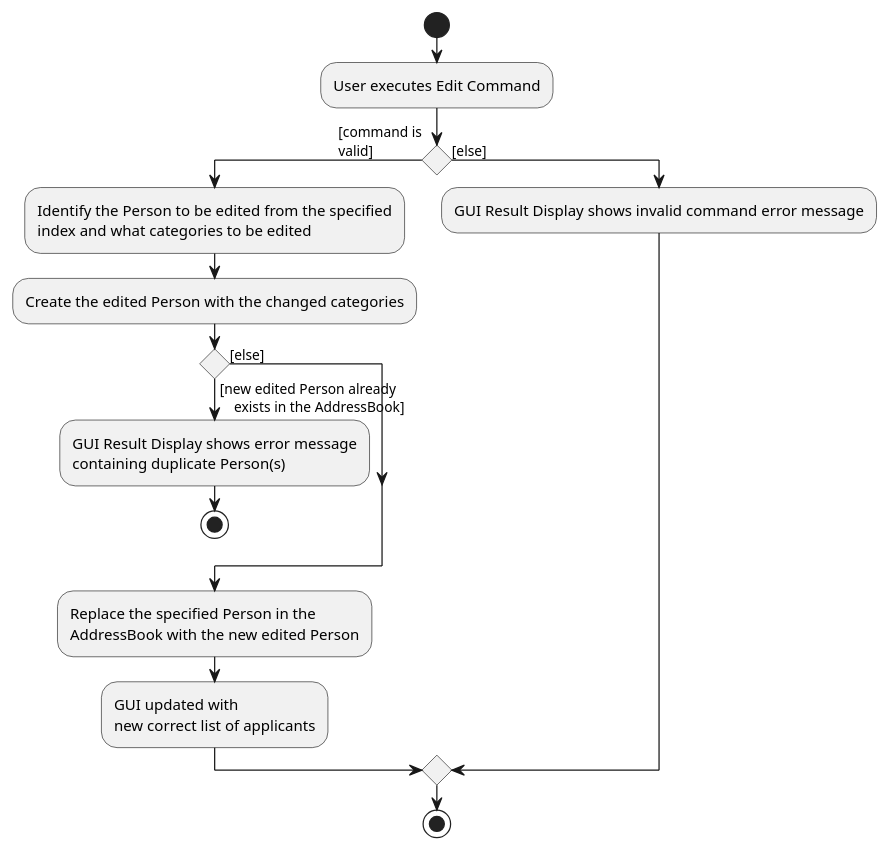
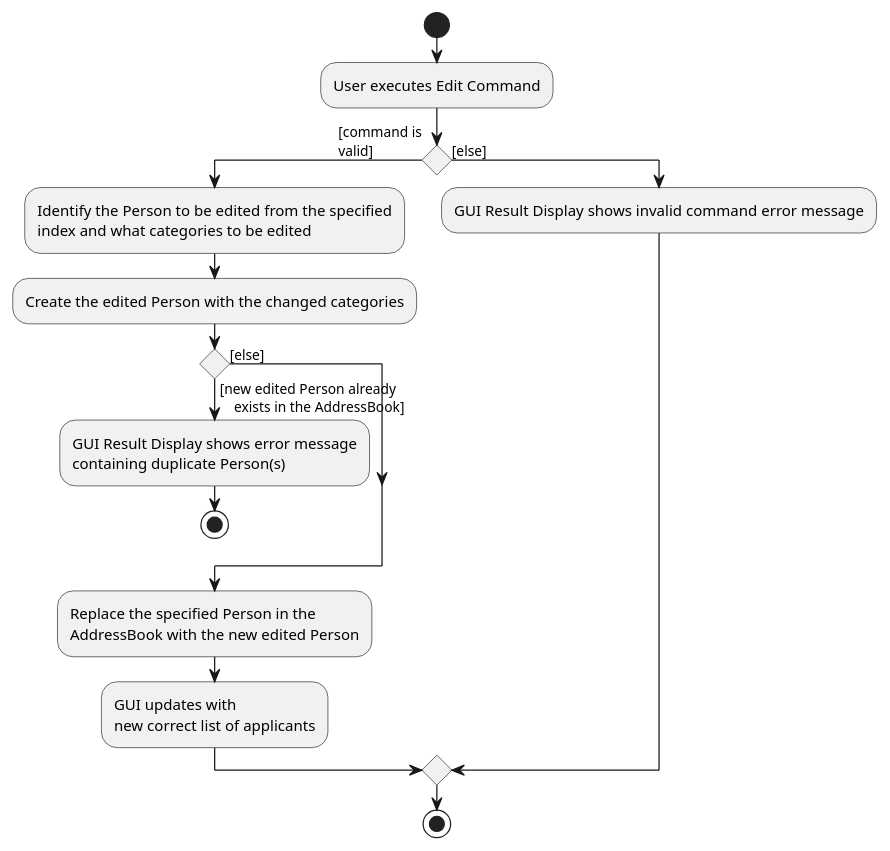
The diagram in docs/diagrams/EditCommandActivityDiagram.puml (nus-cs2103-AY2122S1/tp), drawn with PlantUML before and after one commit. The commit also changed 5 other files, not shown here.

Commit message:
Change activity diagrams to use present tense

```diff
--- a/docs/diagrams/EditCommandActivityDiagram.puml
+++ b/docs/diagrams/EditCommandActivityDiagram.puml
@@ -1,37 +1,37 @@
 @startuml
 start
 :User executes Edit Command;
 
 'Since the beta syntax does not support placing the condition outside the
 'diamond we place it as the true branch instead.
 
 if () then ([command is
 valid])
 
     :Identify the Person to be edited from the specified
     index and what categories to be edited;
     :Create the edited Person with the changed categories;
 
     if () then ([new edited Person already
     exists in the AddressBook])
 
         :GUI Result Display shows error message
         containing duplicate Person(s);
 
         stop
 
     else ([else])
     endif
 
     :Replace the specified Person in the
     AddressBook with the new edited Person;
 
-    :GUI updated with
+    :GUI updates with
     new correct list of applicants;
 else ([else])
 
 :GUI Result Display shows invalid command error message;
 
 endif
 stop
 @enduml
```
